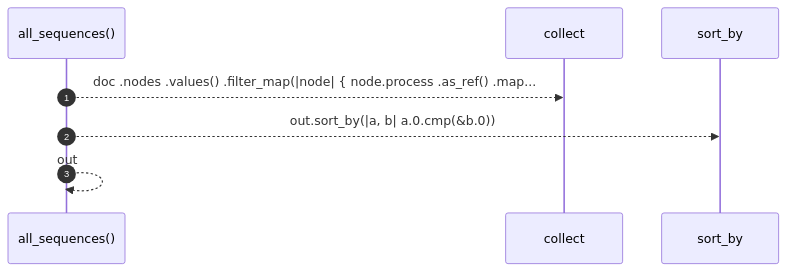
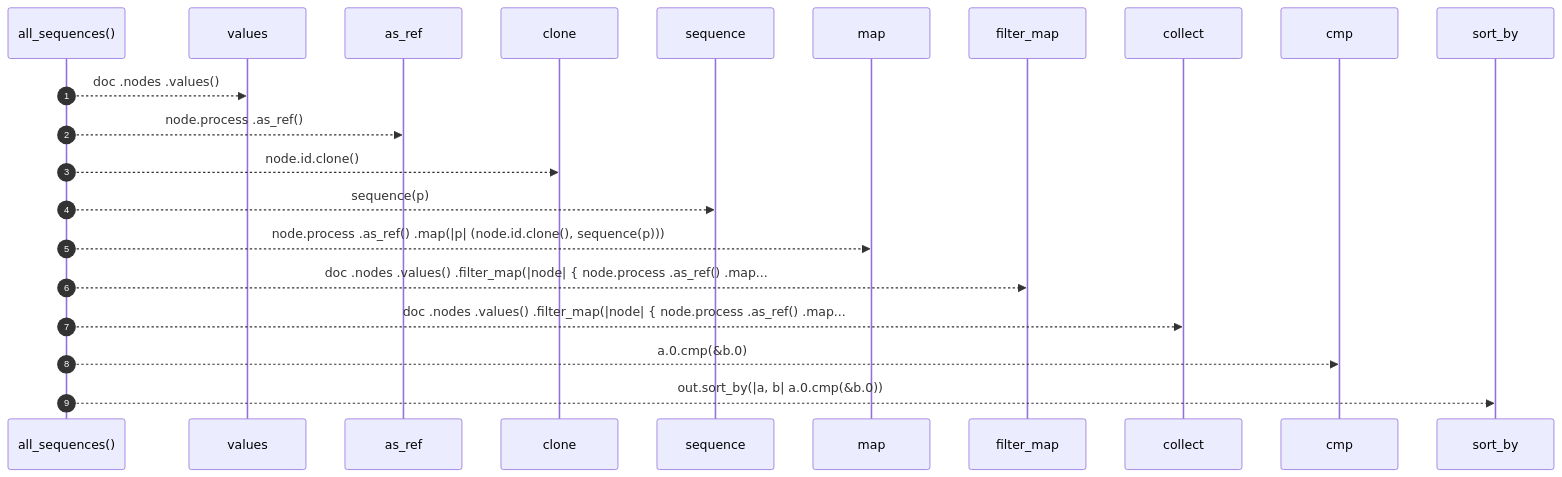
Before and after one commit to RyanGuild/self-describing-code: the diagram in docs/self-model/robby_render/all-sequences.md, drawn with Mermaid. The commit also changed other lines of this file and 1404 other files, not shown here.

````diff
--- a/docs/self-model/robby_render/all-sequences.md
+++ b/docs/self-model/robby_render/all-sequences.md
@@ -31,10 +31,23 @@
 ```mermaid
 sequenceDiagram
     autonumber
     participant all_sequences as all_sequences()
+    participant values as values
+    participant as_ref as as_ref
+    participant clone as clone
+    participant sequence as sequence
+    participant map as map
+    participant filter_map as filter_map
     participant collect as collect
+    participant cmp as cmp
     participant sort_by as sort_by
+    all_sequences-->>values: doc .nodes .values()
+    all_sequences-->>as_ref: node.process .as_ref()
+    all_sequences-->>clone: node.id.clone()
+    all_sequences-->>sequence: sequence(p)
+    all_sequences-->>map: node.process .as_ref() .map(|p| (node.id.clone(), sequence(p)))
+    all_sequences-->>filter_map: doc .nodes .values() .filter_map(|node| { node.process .as_ref() .map...
     all_sequences-->>collect: doc .nodes .values() .filter_map(|node| { node.process .as_ref() .map...
+    all_sequences-->>cmp: a.0.cmp(&b.0)
     all_sequences-->>sort_by: out.sort_by(|a, b| a.0.cmp(&b.0))
-    all_sequences-->>all_sequences: out
 ```
````
